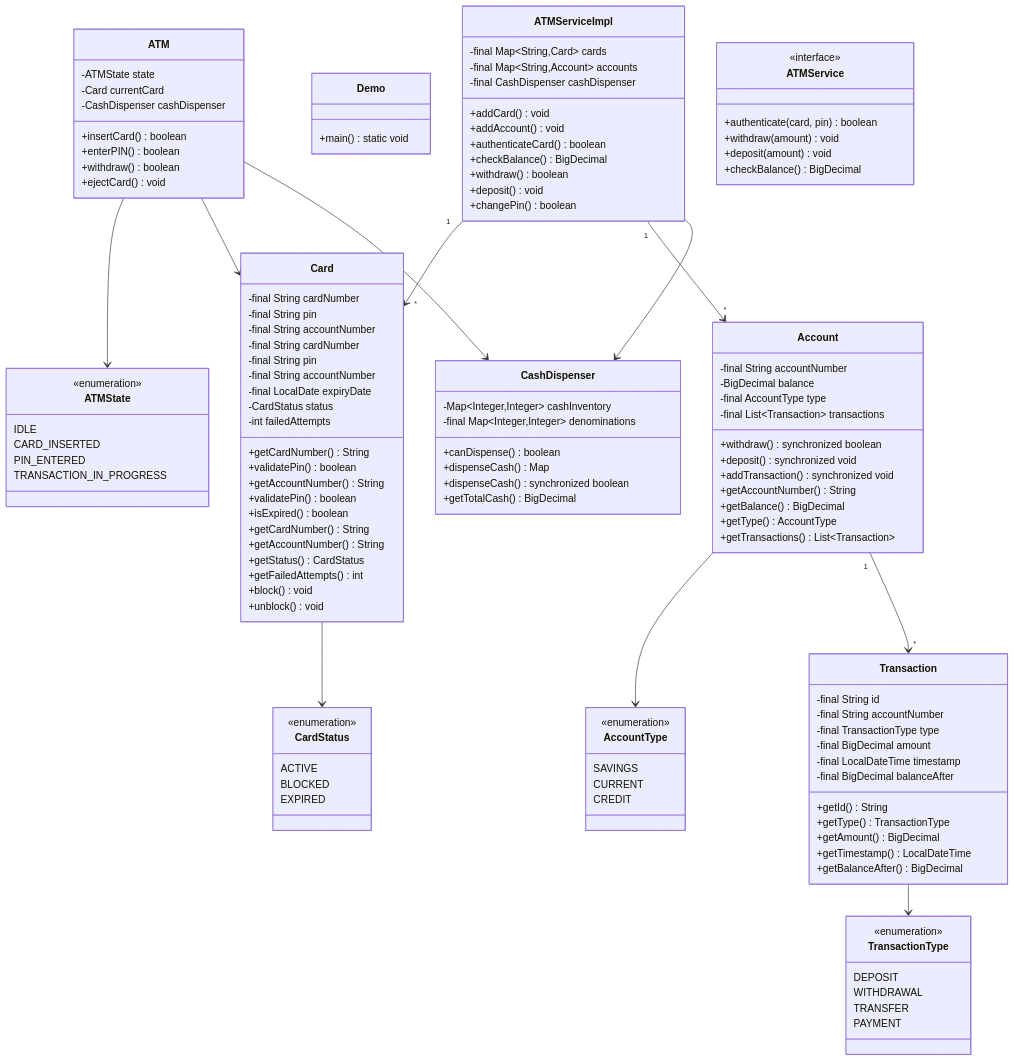
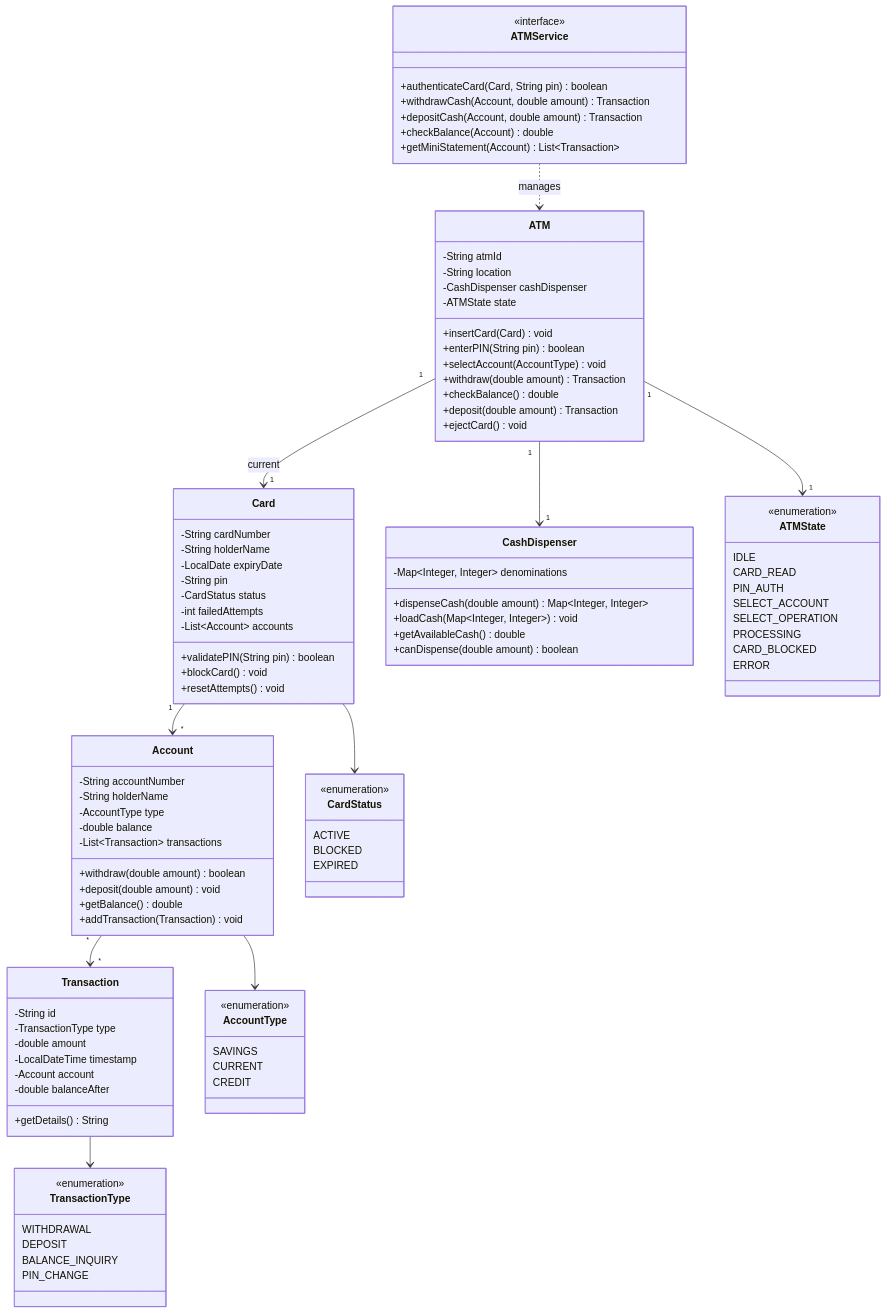
The diagram in docs/problems/atm/README.md (dlkr18/lld-playbook), drawn with Mermaid before and after one commit. The commit also changed other lines of this file and 306 other files, not shown here.

````diff
--- a/docs/problems/atm/README.md
+++ b/docs/problems/atm/README.md
@@ -112,98 +101,81 @@
 ```mermaid
 classDiagram
+    class ATM {
+        -String atmId
+        -String location
+        -CashDispenser cashDispenser
+        -ATMState state
+        +insertCard(Card) void
+        +enterPIN(String pin) boolean
+        +selectAccount(AccountType) void
+        +withdraw(double amount) Transaction
+        +checkBalance() double
+        +deposit(double amount) Transaction
+        +ejectCard() void
+    }
 
     class Card {
-        -final String cardNumber
-        -final String pin
-        -final String accountNumber
-        +getCardNumber() String
-        +validatePin() boolean
-        +getAccountNumber() String
+        -String cardNumber
+        -String holderName
+        -LocalDate expiryDate
+        -String pin
+        -CardStatus status
+        -int failedAttempts
+        -List~Account~ accounts
+        +validatePIN(String pin) boolean
+        +blockCard() void
+        +resetAttempts() void
+    }
+
+    class Account {
+        -String accountNumber
+        -String holderName
+        -AccountType type
+        -double balance
+        -List~Transaction~ transactions
+        +withdraw(double amount) boolean
+        +deposit(double amount) void
+        +getBalance() double
+        +addTransaction(Transaction) void
     }
 
     class CashDispenser {
-        -Map~Integer,Integer~ cashInventory
-        +canDispense() boolean
-        +dispenseCash() Map<Integer, Integer>
+        -Map~Integer, Integer~ denominations
+        +dispenseCash(double amount) Map~Integer, Integer~
+        +loadCash(Map~Integer, Integer~) void
+        +getAvailableCash() double
+        +canDispense(double amount) boolean
     }
 
-    class ATM {
-        -ATMState state
-        -Card currentCard
-        -CashDispenser cashDispenser
-        +insertCard() boolean
-        +enterPIN() boolean
-        +withdraw() boolean
-        +ejectCard() void
+    class Transaction {
+        -String id
+        -TransactionType type
+        -double amount
+        -LocalDateTime timestamp
+        -Account account
+        -double balanceAfter
+        +getDetails() String
+    }
+
+    class ATMService {
+        <<interface>>
+        +authenticateCard(Card, String pin) boolean
+        +withdrawCash(Account, double amount) Transaction
+        +depositCash(Account, double amount) Transaction
+        +checkBalance(Account) double
+        +getMiniStatement(Account) List~Transaction~
     }
 
     class ATMState {
         <<enumeration>>
         IDLE
-        CARD_INSERTED
-        PIN_ENTERED
-        TRANSACTION_IN_PROGRESS
-    }
-
-    class Demo {
-        +main() static void
-    }
-
-    class ATMServiceImpl {
-        -final Map~String,Card~ cards
-        -final Map~String,Account~ accounts
-        -final CashDispenser cashDispenser
-        +addCard() void
-        +addAccount() void
-        +authenticateCard() boolean
-        +checkBalance() BigDecimal
-        +withdraw() boolean
-        +deposit() void
-        +changePin() boolean
-    }
-
-    class Card {
-        -final String cardNumber
-        -final String pin
-        -final String accountNumber
-        -final LocalDate expiryDate
-        -CardStatus status
-        -int failedAttempts
-        +validatePin() boolean
-        +isExpired() boolean
-        +getCardNumber() String
-        +getAccountNumber() String
-        +getStatus() CardStatus
-        +getFailedAttempts() int
-        +block() void
-        +unblock() void
-    }
-
-    class CardStatus {
-        <<enumeration>>
-        ACTIVE
-        BLOCKED
-        EXPIRED
-    }
-
-    class CashDispenser {
-        -final Map~Integer,Integer~ denominations
-        +dispenseCash() synchronized boolean
-        +getTotalCash() BigDecimal
-    }
-
-    class Account {
-        -final String accountNumber
-        -BigDecimal balance
-        -final AccountType type
-        -final List~Transaction~ transactions
-        +withdraw() synchronized boolean
-        +deposit() synchronized void
-        +addTransaction() synchronized void
-        +getAccountNumber() String
-        +getBalance() BigDecimal
-        +getType() AccountType
-        +getTransactions() List~Transaction~
+        CARD_READ
+        PIN_AUTH
+        SELECT_ACCOUNT
+        SELECT_OPERATION
+        PROCESSING
+        CARD_BLOCKED
+        ERROR
     }
 
     class AccountType {
@@ -215,42 +187,26 @@
 
     class TransactionType {
         <<enumeration>>
+        WITHDRAWAL
         DEPOSIT
-        WITHDRAWAL
-        TRANSFER
-        PAYMENT
+        BALANCE_INQUIRY
+        PIN_CHANGE
     }
 
-    class Transaction {
-        -final String id
-        -final String accountNumber
-        -final TransactionType type
-        -final BigDecimal amount
-        -final LocalDateTime timestamp
-        -final BigDecimal balanceAfter
-        +getId() String
-        +getType() TransactionType
-        +getAmount() BigDecimal
-        +getTimestamp() LocalDateTime
-        +getBalanceAfter() BigDecimal
+    class CardStatus {
+        <<enumeration>>
+        ACTIVE
+        BLOCKED
+        EXPIRED
     }
 
-    class ATMService {
-        <<interface>>
-        +authenticate(card, pin) boolean
-        +withdraw(amount) void
-        +deposit(amount) void
-        +checkBalance() BigDecimal
-    }
-
+    ATM "1" --> "1" CashDispenser
+    ATM "1" --> "1" Card : current
+    ATM "1" --> "1" ATMState
+    Card "1" --> "*" Account
+    Card --> CardStatus
+    Account "*" --> "*" Transaction
+    Account --> AccountType
     Transaction --> TransactionType
-    Card --> CardStatus
-    Account --> AccountType
-    Account "1" --> "*" Transaction
-    ATM --> ATMState
-    ATM --> Card
-    ATM --> CashDispenser
-    ATMServiceImpl "1" --> "*" Card
-    ATMServiceImpl "1" --> "*" Account
-    ATMServiceImpl --> CashDispenser
+    ATMService ..> ATM : manages
 ```
````
